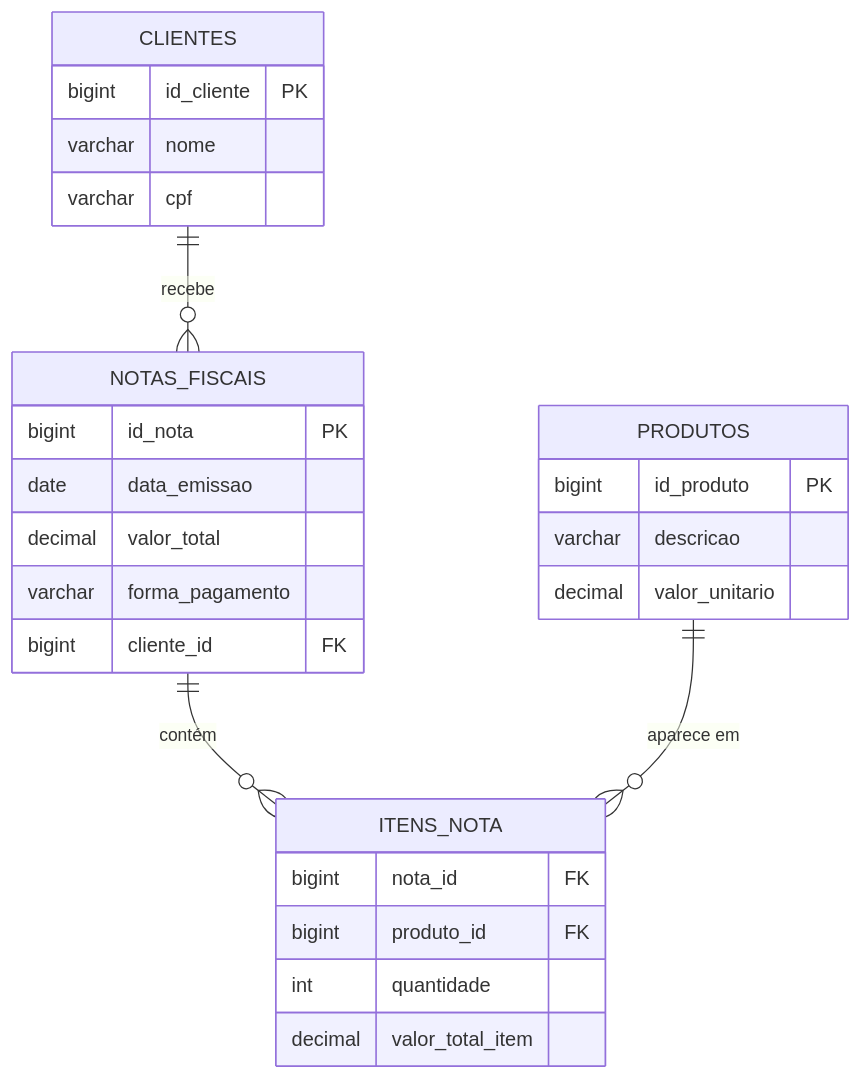
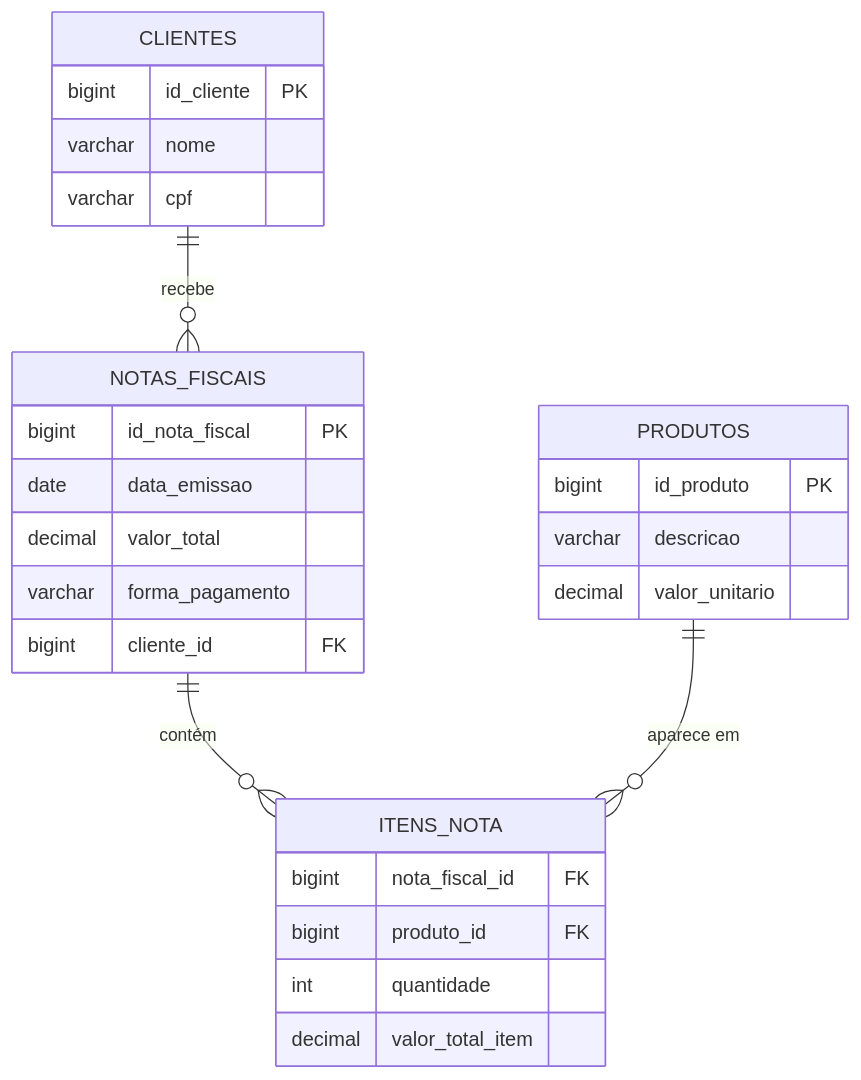
Diagram 20 of 20 in docs/aulas/Aula_01_Revisao_Modelagem_Conceitual.md (DSM-Fatec-Jahu/BDR-DSM-2026-2), drawn with Mermaid before and after one commit. The commit also changed other lines of this file, not shown here.

Commit message:
Ajusta nomes de chave da Nota Fiscal às Regras 5/6 de nomenclatura
Alinha o exemplo da Nota Fiscal (adicionado nesta branch) às convenções
oficiais da disciplina: PK id_nota -> id_nota_fiscal (Regra 5, id_ + tabela
no singular) e FK nota_id -> nota_fiscal_id (Regra 6, tabela referenciada no
singular + _id). Adiciona também um apontamento no texto indicando a
convenção aplicada, como já se faz na Aula 03.

Claude-Session: https://claude.ai/code/session_0145Rz4ZTaZib47fxPRKXvCo

````diff
--- a/docs/aulas/Aula_01_Revisao_Modelagem_Conceitual.md
+++ b/docs/aulas/Aula_01_Revisao_Modelagem_Conceitual.md
@@ -904,29 +904,29 @@
 ```mermaid
 erDiagram
     CLIENTES {
         bigint id_cliente PK
         varchar nome
         varchar cpf
     }
     NOTAS_FISCAIS {
-        bigint id_nota PK
+        bigint id_nota_fiscal PK
         date data_emissao
         decimal valor_total
         varchar forma_pagamento
         bigint cliente_id FK
     }
     PRODUTOS {
         bigint id_produto PK
         varchar descricao
         decimal valor_unitario
     }
     ITENS_NOTA {
-        bigint nota_id FK
+        bigint nota_fiscal_id FK
         bigint produto_id FK
         int quantidade
         decimal valor_total_item
     }
     CLIENTES ||--o{ NOTAS_FISCAIS : "recebe"
     NOTAS_FISCAIS ||--o{ ITENS_NOTA : "contém"
     PRODUTOS ||--o{ ITENS_NOTA : "aparece em"
 ```
````
